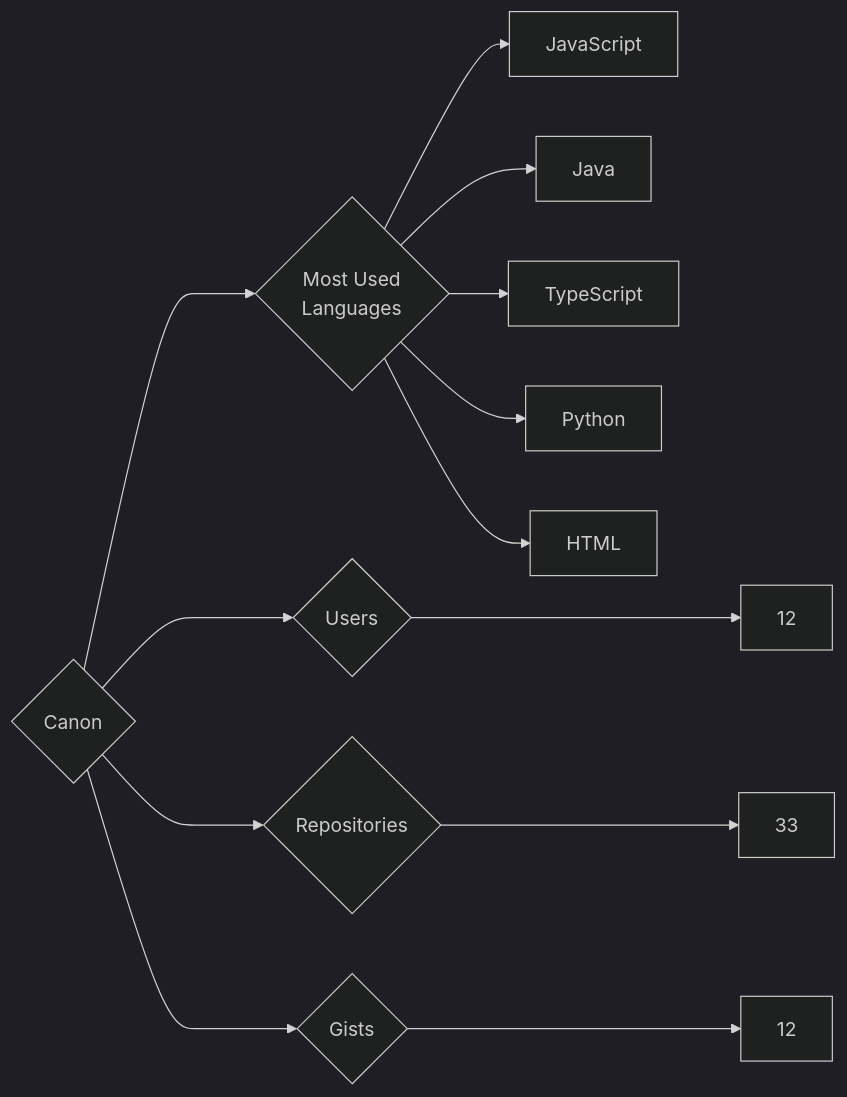
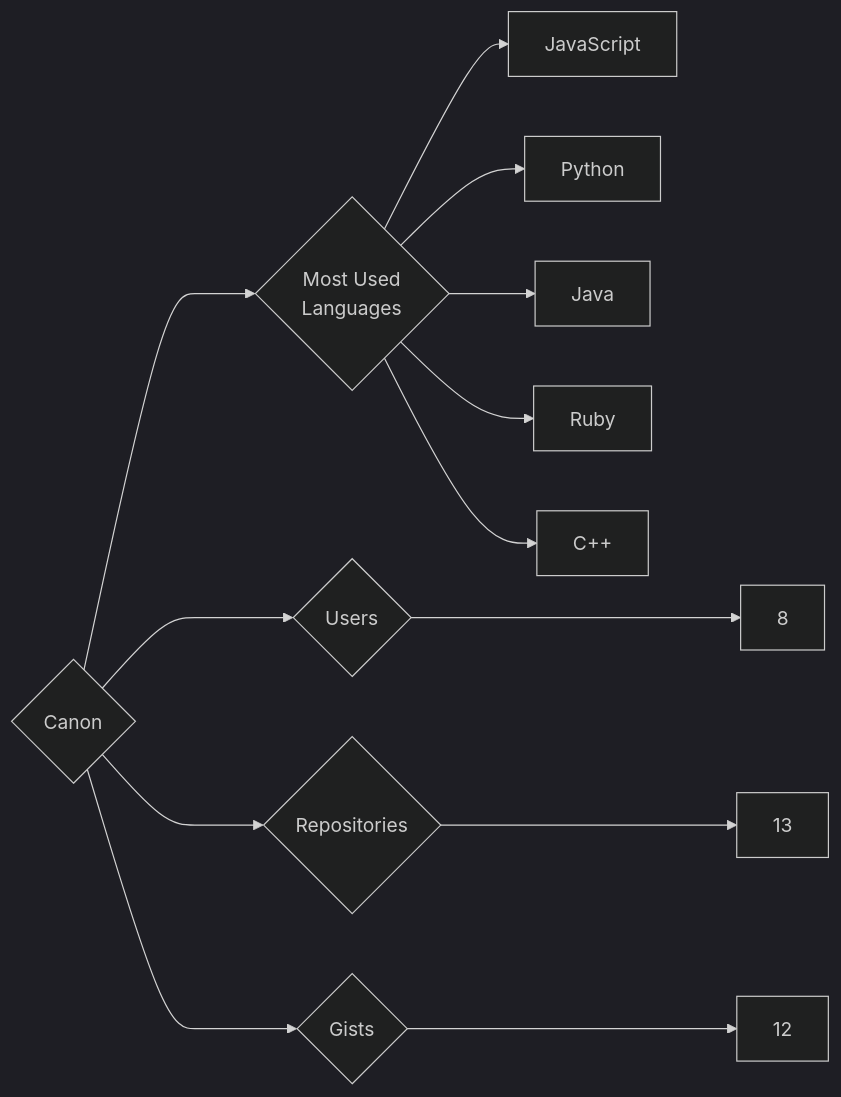
Before and after one commit to trickest/insiders: the diagram in targets/Canon/README.md, drawn with Mermaid (dark theme). The commit also changed 837 other files, not shown here.

````diff
--- a/targets/Canon/README.md
+++ b/targets/Canon/README.md
@@ -3,13 +3,13 @@
 ```mermaid
 graph LR
 COMPANY_NAME{Canon}
-COMPANY_NAME ---> U{Users} ---> UN[12]
-COMPANY_NAME ---> R{Repositories} ---> RN[33]
+COMPANY_NAME ---> U{Users} ---> UN[8]
+COMPANY_NAME ---> R{Repositories} ---> RN[13]
 COMPANY_NAME ---> G{Gists} ---> GN[12]
 COMPANY_NAME ---> ML{Most Used<br>Languages}
 ML --> JavaScript[JavaScript]
+ML --> Python[Python]
 ML --> Java[Java]
-ML --> TypeScript[TypeScript]
-ML --> Python[Python]
-ML --> HTML[HTML]
+ML --> Ruby[Ruby]
+ML --> C++[C++]
 ```
````
